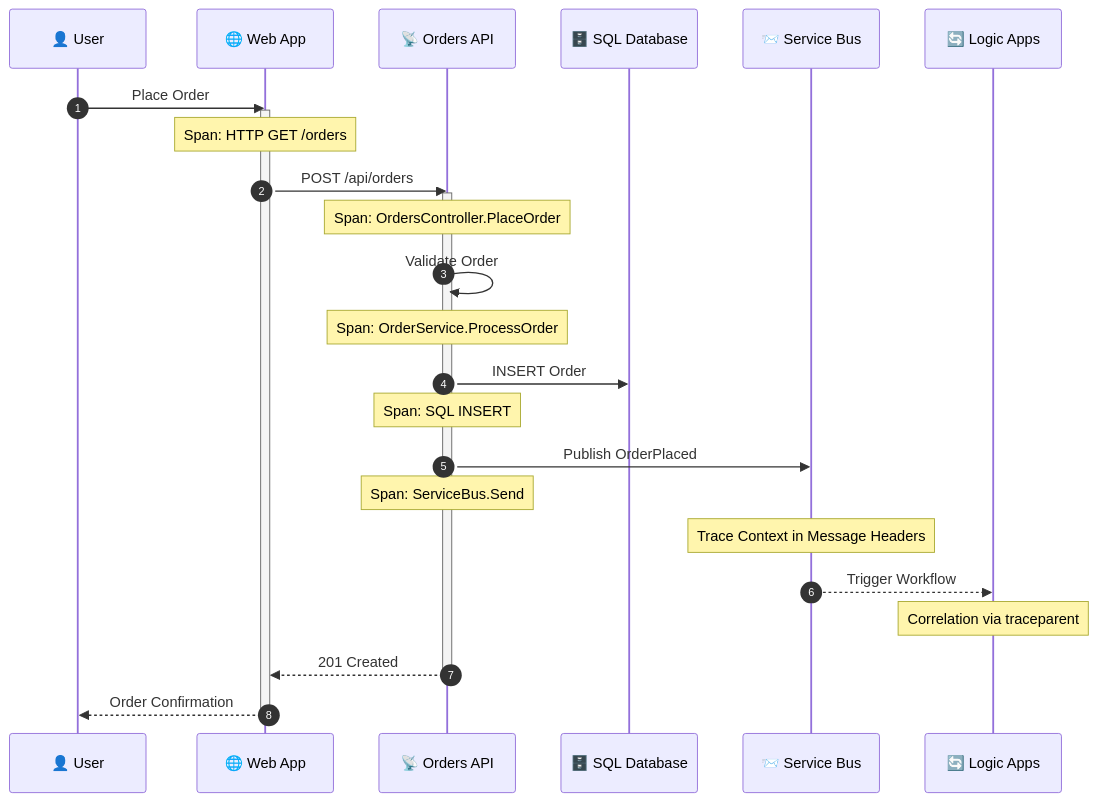
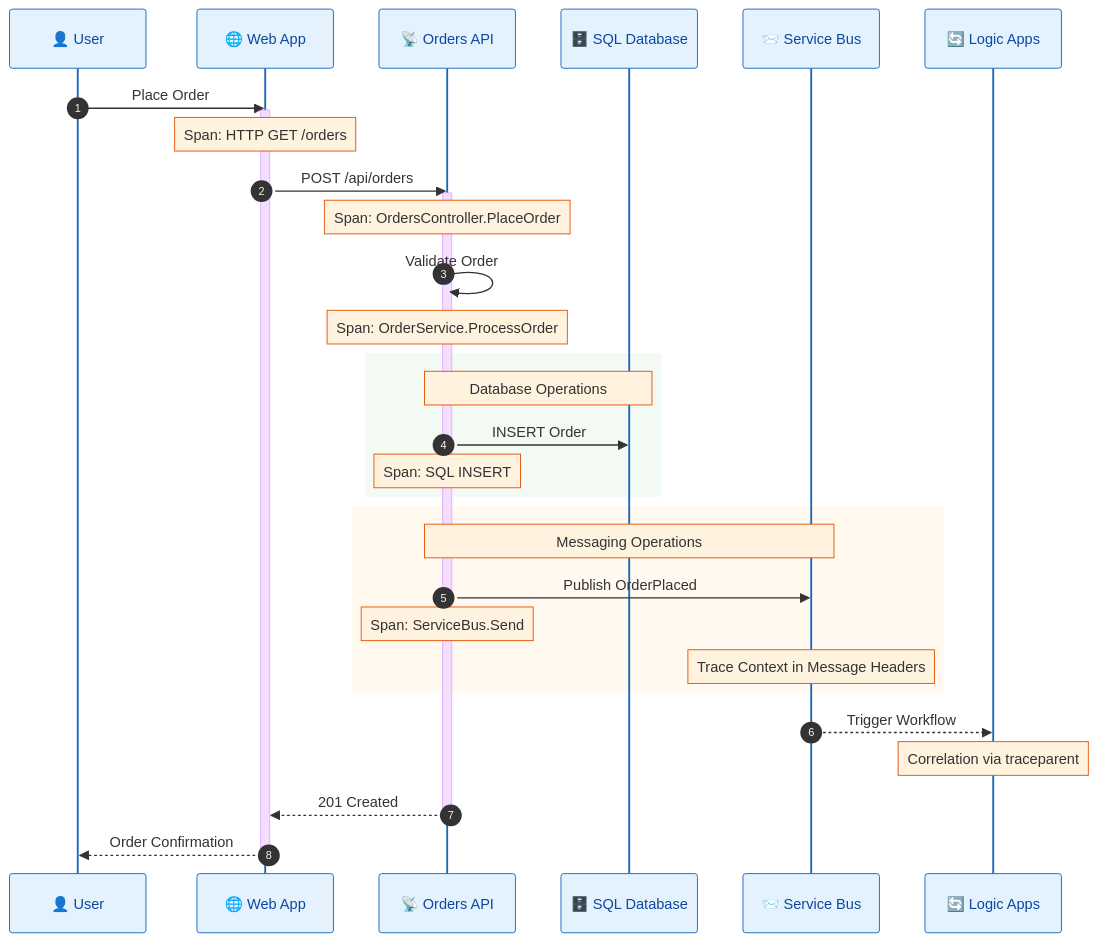
Before and after one commit to Evilazaro/Azure-LogicApps-Monitoring: the second of 2 diagrams in docs/architecture/05-observability-architecture.md, drawn with Mermaid. The commit also changed other lines of this file, not shown here.

Commit message:
Enhance observability architecture documentation with improved Mermaid diagram styles and accessibility features

````diff
--- a/docs/architecture/05-observability-architecture.md
+++ b/docs/architecture/05-observability-architecture.md
@@ -161,30 +163,40 @@
 ```mermaid
+%%{init: {'theme': 'base', 'themeVariables': { 'fontSize': '14px', 'actorBkg': '#e3f2fd', 'actorBorder': '#1565c0', 'actorTextColor': '#0d47a1', 'noteBkgColor': '#fff3e0', 'noteBorderColor': '#e65100'}}}%%
 sequenceDiagram
     autonumber
     participant User as 👤 User
     participant Web as 🌐 Web App
     participant API as 📡 Orders API
     participant DB as 🗄️ SQL Database
     participant SB as 📨 Service Bus
     participant LA as 🔄 Logic Apps
 
     User->>Web: Place Order
     activate Web
     Note over Web: Span: HTTP GET /orders
     Web->>API: POST /api/orders
     activate API
     Note over API: Span: OrdersController.PlaceOrder
     API->>API: Validate Order
     Note over API: Span: OrderService.ProcessOrder
-    API->>DB: INSERT Order
-    Note over API: Span: SQL INSERT
-    API->>SB: Publish OrderPlaced
-    Note over API: Span: ServiceBus.Send
-    Note over SB: Trace Context in Message Headers
+    
+    rect rgba(232, 245, 233, 0.5)
+        Note over API,DB: Database Operations
+        API->>DB: INSERT Order
+        Note over API: Span: SQL INSERT
+    end
+    
+    rect rgba(255, 243, 224, 0.5)
+        Note over API,SB: Messaging Operations
+        API->>SB: Publish OrderPlaced
+        Note over API: Span: ServiceBus.Send
+        Note over SB: Trace Context in Message Headers
+    end
+    
     SB-->>LA: Trigger Workflow
     Note over LA: Correlation via traceparent
     API-->>Web: 201 Created
     deactivate API
     Web-->>User: Order Confirmation
     deactivate Web
 ```
````
